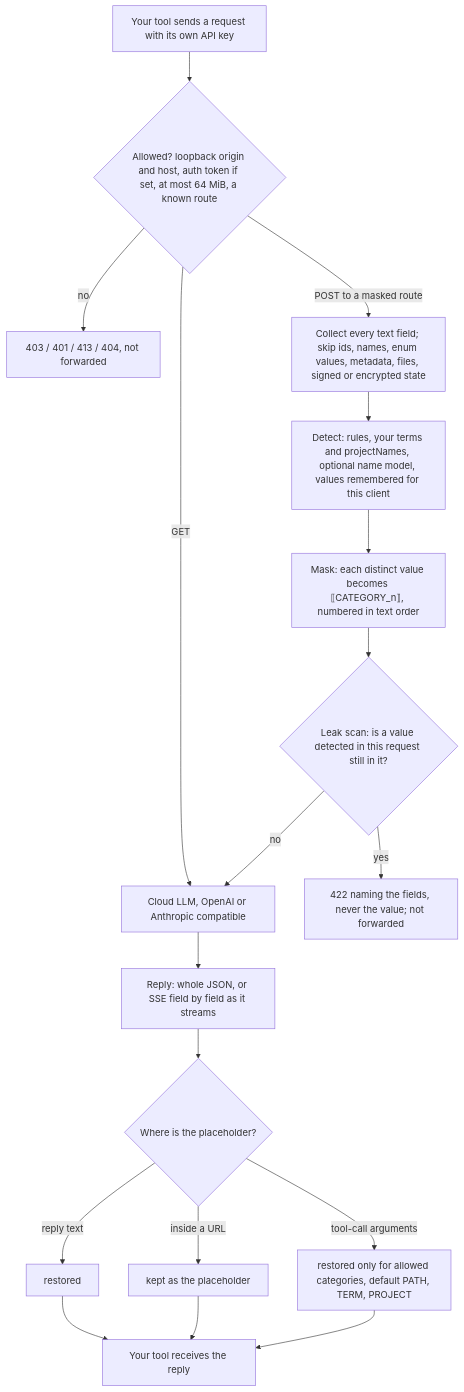
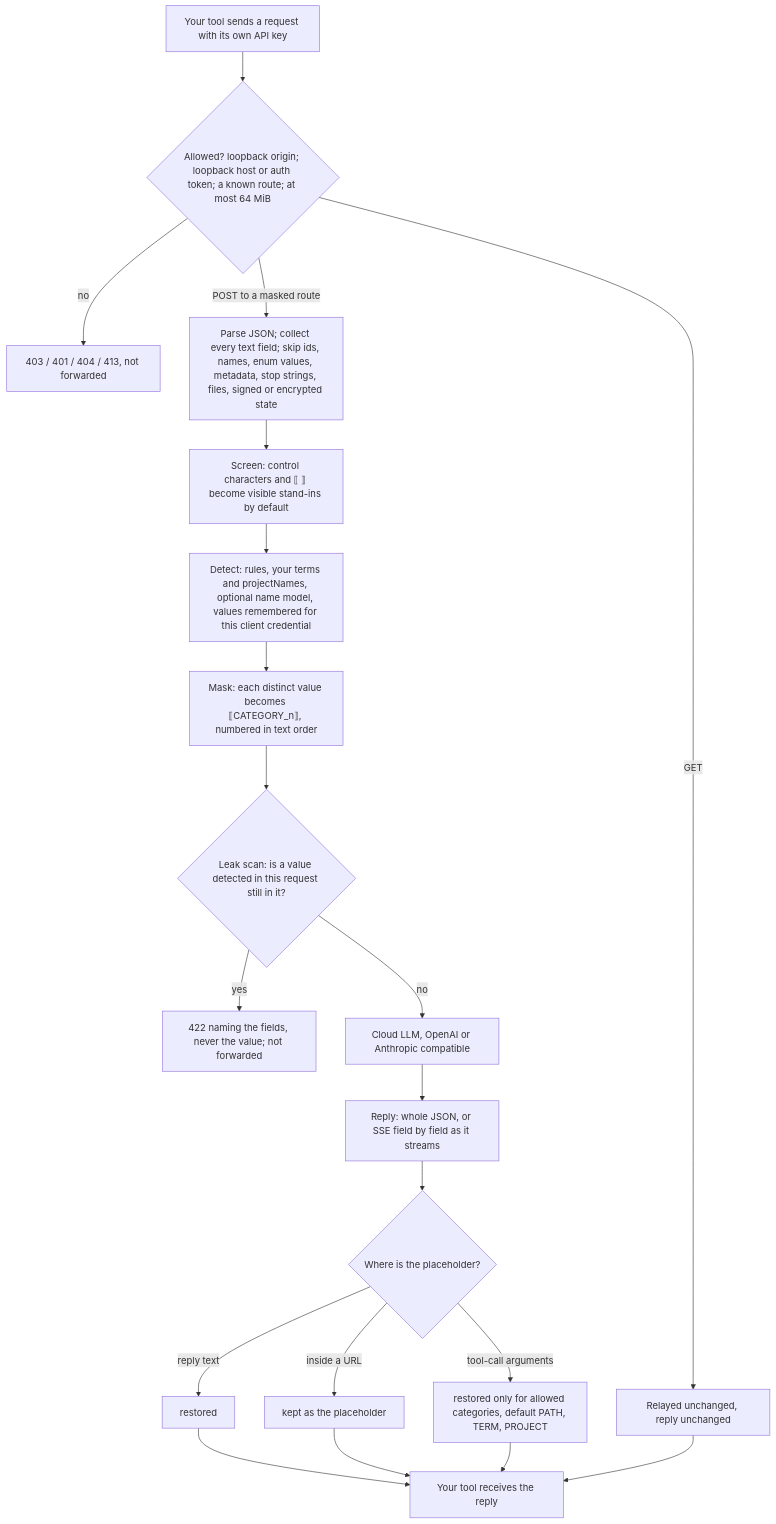
Before and after one commit to Exestence/redaction-proxy: the diagram in README.md, drawn with Mermaid. The commit also changed other lines of this file and 3 other files, not shown here.

````diff
--- a/README.md
+++ b/README.md
@@ -145,20 +145,22 @@
 ```mermaid
 flowchart TD
-  A["Your tool sends a request with its own API key"] --> B{"Allowed? loopback origin and host, auth token if set, at most 64 MiB, a known route"}
-  B -- "no" --> B2["403 / 401 / 413 / 404, not forwarded"]
-  B -- "GET" --> U
-  B -- "POST to a masked route" --> C["Collect every text field; skip ids, names, enum values, metadata, files, signed or encrypted state"]
-  C --> D["Detect: rules, your terms and projectNames, optional name model, values remembered for this client"]
+  A["Your tool sends a request with its own API key"] --> B{"Allowed? loopback origin; loopback host or auth token; a known route; at most 64 MiB"}
+  B -- "no" --> B2["403 / 401 / 404 / 413, not forwarded"]
+  B -- "GET" --> P["Relayed unchanged, reply unchanged"]
+  B -- "POST to a masked route" --> C["Parse JSON; collect every text field; skip ids, names, enum values, metadata, stop strings, files, signed or encrypted state"]
+  C --> S["Screen: control characters and ⟦ ⟧ become visible stand-ins by default"]
+  S --> D["Detect: rules, your terms and projectNames, optional name model, values remembered for this client credential"]
   D --> E["Mask: each distinct value becomes ⟦CATEGORY_n⟧, numbered in text order"]
   E --> F{"Leak scan: is a value detected in this request still in it?"}
   F -- "yes" --> F2["422 naming the fields, never the value; not forwarded"]
   F -- "no" --> U["Cloud LLM, OpenAI or Anthropic compatible"]
   U --> R["Reply: whole JSON, or SSE field by field as it streams"]
   R --> G{"Where is the placeholder?"}
   G -- "reply text" --> G1["restored"]
   G -- "inside a URL" --> G2["kept as the placeholder"]
   G -- "tool-call arguments" --> G3["restored only for allowed categories, default PATH, TERM, PROJECT"]
   G1 --> Z["Your tool receives the reply"]
   G2 --> Z
   G3 --> Z
+  P --> Z
 ```
````
